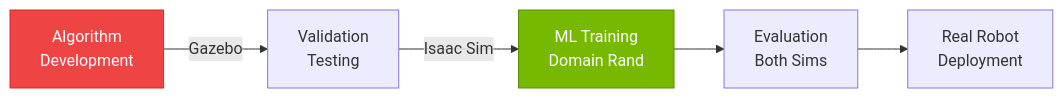
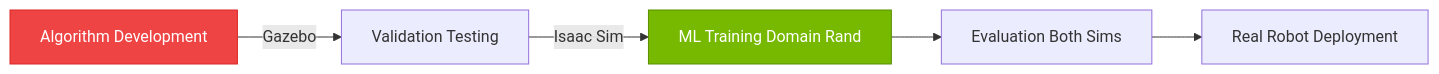
One commit to shakir-hussain1/physical-AI-and-humanoid-robotics-textbook-by-shakir-hussain changed the third of 5 diagrams in docs/modules/module-3-isaac/chapter-09-platform.md. Above: the diagram before and after it, drawn with Mermaid. The commit also changed other lines of this file and 17 other files, not shown here.

Commit message:
fix: Remove br tags from Mermaid diagrams causing parse errors

````diff
--- a/docs/modules/module-3-isaac/chapter-09-platform.md
+++ b/docs/modules/module-3-isaac/chapter-09-platform.md
@@ -151,10 +151,10 @@
 ```mermaid
 flowchart LR
-    DEV[Algorithm<br/>Development] -->|Gazebo| VALIDATE[Validation<br/>Testing]
-    VALIDATE -->|Isaac Sim| TRAIN[ML Training<br/>Domain Rand]
-    TRAIN --> EVAL[Evaluation<br/>Both Sims]
-    EVAL --> DEPLOY[Real Robot<br/>Deployment]
+    DEV[Algorithm Development] -->|Gazebo| VALIDATE[Validation Testing]
+    VALIDATE -->|Isaac Sim| TRAIN[ML Training Domain Rand]
+    TRAIN --> EVAL[Evaluation Both Sims]
+    EVAL --> DEPLOY[Real Robot Deployment]
 
     style DEV fill:#ef4444,stroke:#dc2626,color:#fff
     style TRAIN fill:#76b900,stroke:#5a8f00,color:#fff
 ```
````
